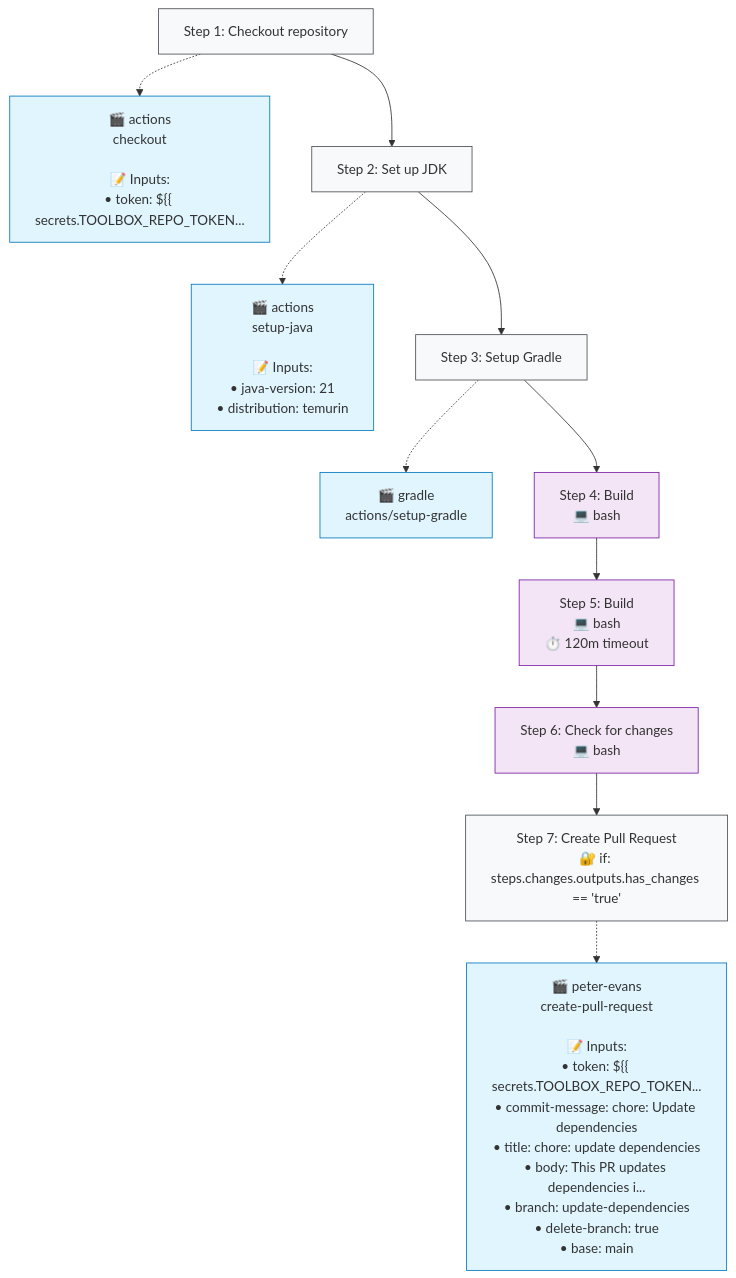
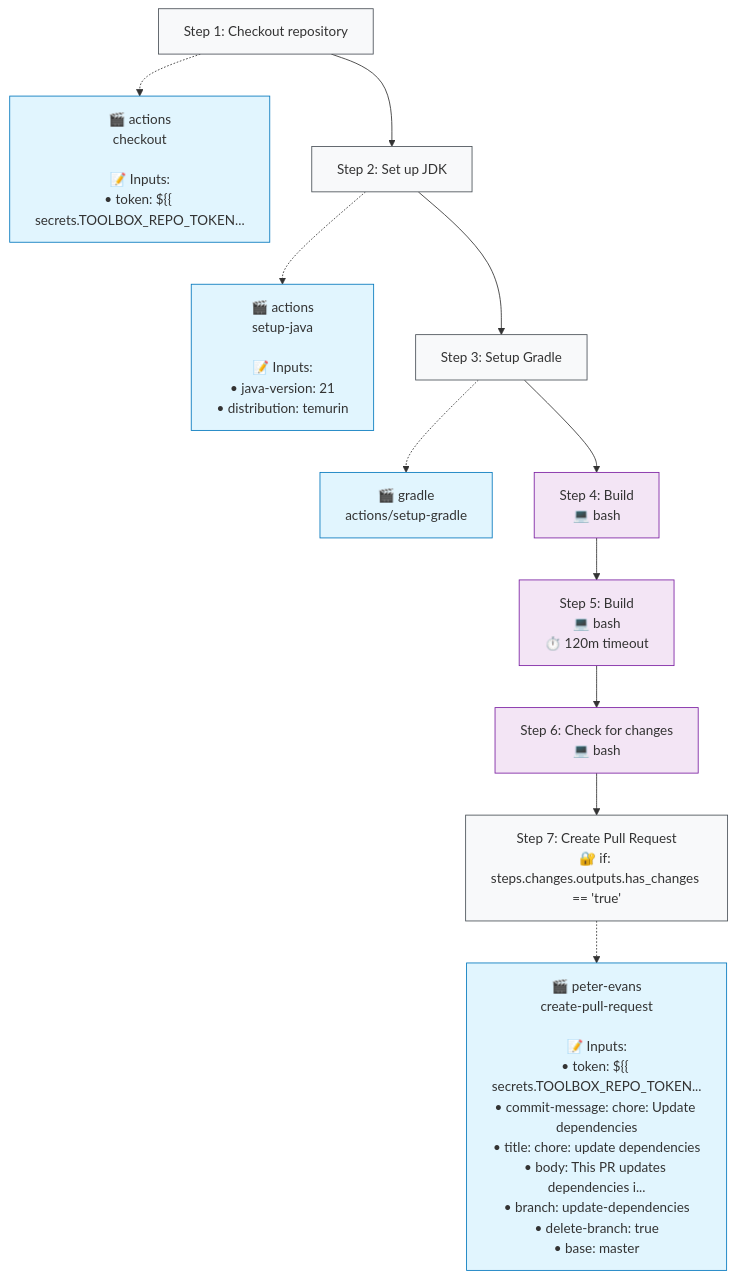
One commit to http4k/http4k changed the second of 2 diagrams in .github/typeflows/update-dependencies/README.md. Above: the diagram before and after it, drawn with Mermaid. The commit also changed 2 other files, not shown here.

Commit message:
Upgrade typeflows standards for http4k

````diff
--- a/.github/typeflows/update-dependencies/README.md
+++ b/.github/typeflows/update-dependencies/README.md
@@ -24,36 +24,36 @@
 ```mermaid
 %%{init: {"flowchart": {"curve": "basis"}}}%%
 flowchart TD
     step1["Step 1: Checkout repository"]
     style step1 fill:#f8f9fa,stroke:#495057
     action1["🎬 actions<br/>checkout<br/><br/>📝 Inputs:<br/>• token: ${{ secrets.TOOLBOX_REPO_TOKEN..."]
     style action1 fill:#e1f5fe,stroke:#0277bd
     step1 -.-> action1
     step2["Step 2: Set up JDK"]
     style step2 fill:#f8f9fa,stroke:#495057
     action2["🎬 actions<br/>setup-java<br/><br/>📝 Inputs:<br/>• java-version: 21<br/>• distribution: temurin"]
     style action2 fill:#e1f5fe,stroke:#0277bd
     step2 -.-> action2
     step1 --> step2
     step3["Step 3: Setup Gradle"]
     style step3 fill:#f8f9fa,stroke:#495057
     action3["🎬 gradle<br/>actions/setup-gradle"]
     style action3 fill:#e1f5fe,stroke:#0277bd
     step3 -.-> action3
     step2 --> step3
     step4["Step 4: Build<br/>💻 bash"]
     style step4 fill:#f3e5f5,stroke:#7b1fa2
     step3 --> step4
     step5["Step 5: Build<br/>💻 bash<br/>⏱️ 120m timeout"]
     style step5 fill:#f3e5f5,stroke:#7b1fa2
     step4 --> step5
     step6["Step 6: Check for changes<br/>💻 bash"]
     style step6 fill:#f3e5f5,stroke:#7b1fa2
     step5 --> step6
     step7["Step 7: Create Pull Request<br/>🔐 if: steps.changes.outputs.has_changes == 'true'"]
     style step7 fill:#f8f9fa,stroke:#495057
-    action7["🎬 peter-evans<br/>create-pull-request<br/><br/>📝 Inputs:<br/>• token: ${{ secrets.TOOLBOX_REPO_TOKEN...<br/>• commit-message: chore: Update dependencies<br/>• title: chore: update dependencies<br/>• body: This PR updates dependencies i...<br/>• branch: update-dependencies<br/>• delete-branch: true<br/>• base: main"]
+    action7["🎬 peter-evans<br/>create-pull-request<br/><br/>📝 Inputs:<br/>• token: ${{ secrets.TOOLBOX_REPO_TOKEN...<br/>• commit-message: chore: Update dependencies<br/>• title: chore: update dependencies<br/>• body: This PR updates dependencies i...<br/>• branch: update-dependencies<br/>• delete-branch: true<br/>• base: master"]
     style action7 fill:#e1f5fe,stroke:#0277bd
     step7 -.-> action7
     step6 --> step7
 ```
````
